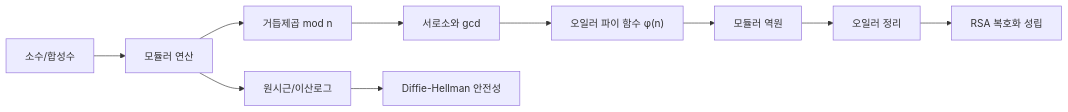
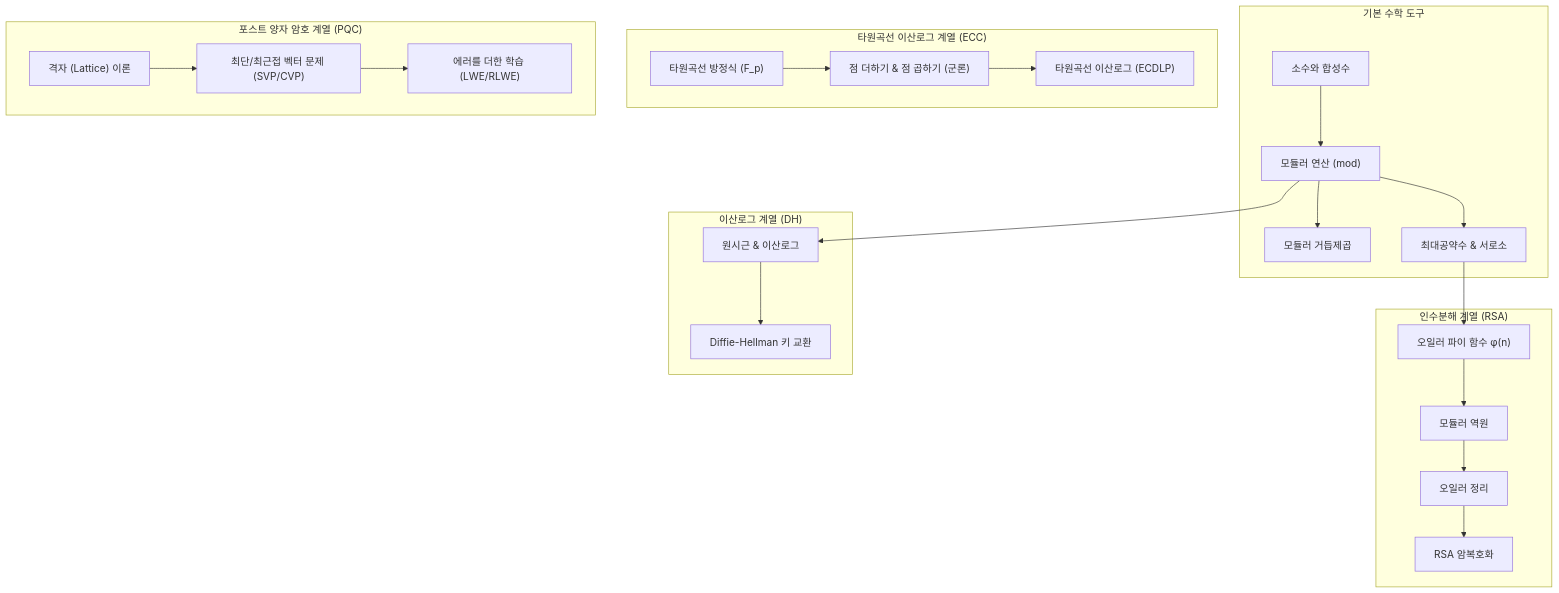
One commit to sbaek100/sbaek100.github.io changed the diagram in _posts/infosec/2026-03-11-infosec-5-crypto-3-math.md. Above: the diagram before and after it, drawn with Mermaid. The commit also changed other lines of this file, not shown here.

````diff
--- a/_posts/infosec/2026-03-11-infosec-5-crypto-3-math.md
+++ b/_posts/infosec/2026-03-11-infosec-5-crypto-3-math.md
@@ -32,12 +32,30 @@
 ```mermaid
-flowchart LR
-A["소수/합성수"] --> B["모듈러 연산"]
-B --> C["거듭제곱 mod n"]
-C --> D["서로소와 gcd"]
-D --> E["오일러 파이 함수 φ(n)"]
-E --> F["모듈러 역원"]
-F --> G["오일러 정리"]
-G --> H["RSA 복호화 성립"]
-B --> I["원시근/이산로그"]
-I --> J["Diffie-Hellman 안전성"]
+flowchart TD
+    subgraph Prereq["기본 수학 도구"]
+        A["소수와 합성수"] --> B["모듈러 연산 (mod)"]
+        B --> C["모듈러 거듭제곱"]
+        B --> D["최대공약수 & 서로소"]
+    end
+
+    subgraph Factorization["인수분해 계열 (RSA)"]
+        D --> E["오일러 파이 함수 φ(n)"]
+        E --> F["모듈러 역원"]
+        F --> G["오일러 정리"]
+        G --> H["RSA 암복호화"]
+    end
+
+    subgraph DLP["이산로그 계열 (DH)"]
+        B --> I["원시근 & 이산로그"]
+        I --> J["Diffie-Hellman 키 교환"]
+    end
+
+    subgraph ECDLP["타원곡선 이산로그 계열 (ECC)"]
+        K["타원곡선 방정식 (F_p)"] --> L["점 더하기 & 점 곱하기 (군론)"]
+        L --> M["타원곡선 이산로그 (ECDLP)"]
+    end
+
+    subgraph Quantum["포스트 양자 암호 계열 (PQC)"]
+        N["격자 (Lattice) 이론"] --> O["최단/최근접 벡터 문제 (SVP/CVP)"]
+        O --> P["에러를 더한 학습 (LWE/RLWE)"]
+    end
 ```
````
